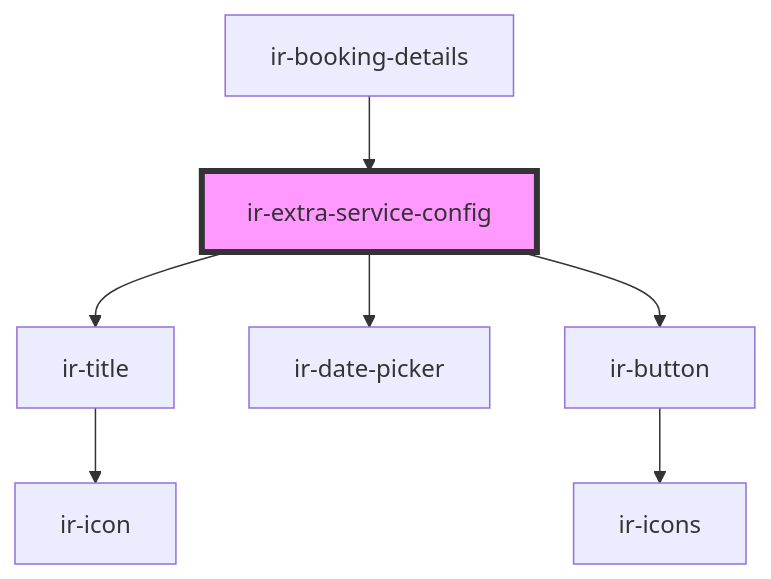
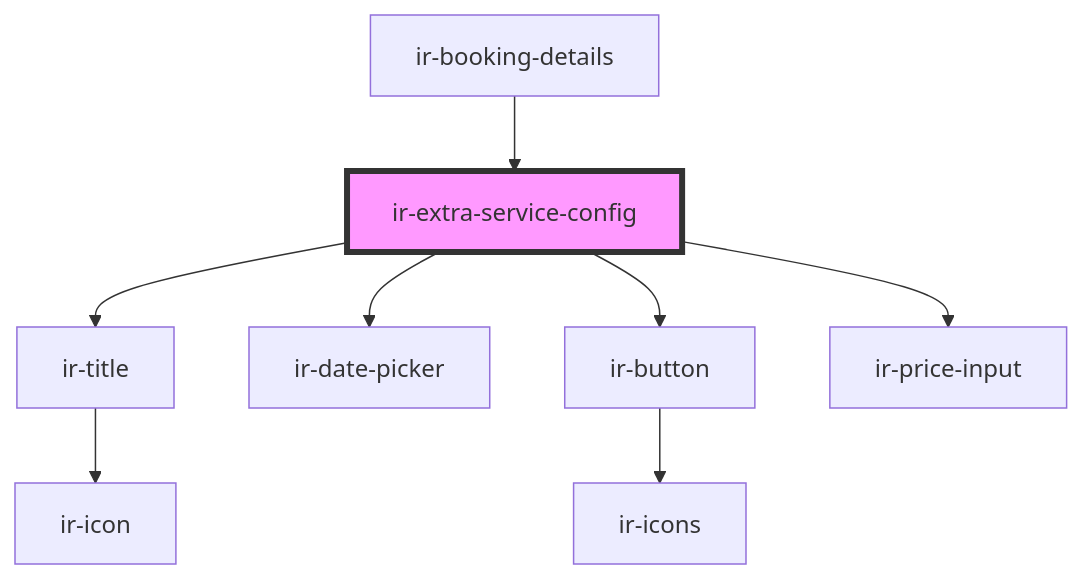
One commit to David1Chowaifaty/modified-ir-webcmp changed the diagram in src/components/ir-booking-details/ir-extra-services/ir-extra-service-config/readme.md. Above: the diagram before and after it, drawn with Mermaid. The commit also changed other lines of this file and 33 other files, not shown here.

````diff
--- a/src/components/ir-booking-details/ir-extra-services/ir-extra-service-config/readme.md
+++ b/src/components/ir-booking-details/ir-extra-services/ir-extra-service-config/readme.md
@@ -37,10 +38,11 @@
 ```mermaid
 graph TD;
   ir-extra-service-config --> ir-title
   ir-extra-service-config --> ir-date-picker
   ir-extra-service-config --> ir-button
+  ir-extra-service-config --> ir-price-input
   ir-title --> ir-icon
   ir-button --> ir-icons
   ir-booking-details --> ir-extra-service-config
   style ir-extra-service-config fill:#f9f,stroke:#333,stroke-width:4px
 ```
````
